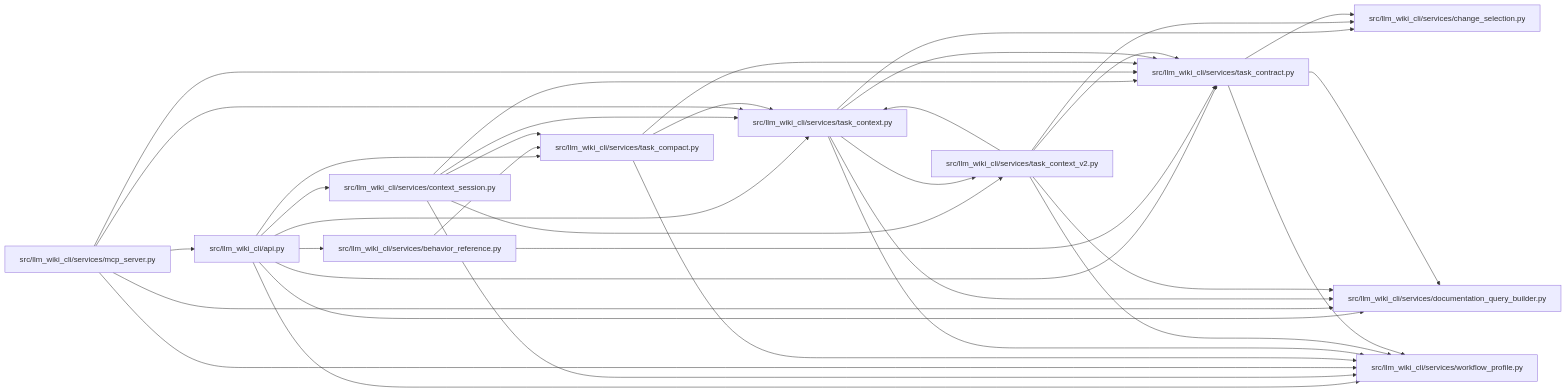
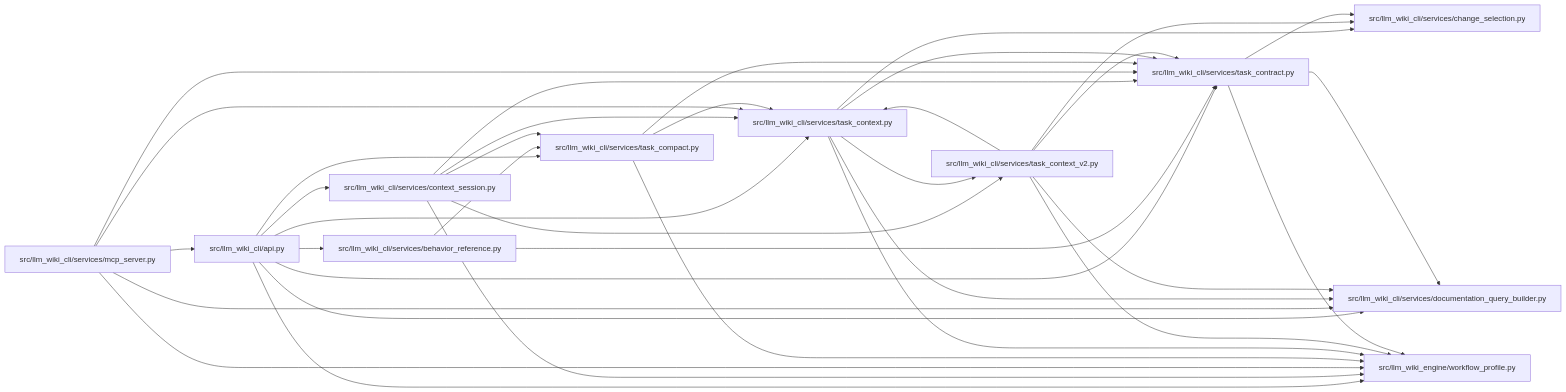
One commit to Denissvgn/python-wiki-llm changed the diagram in docs/llm_wiki/modules/task_contract.md. Above: the diagram before and after it, drawn with Mermaid. The commit also changed other lines of this file and 1103 other files, not shown here.

First line of the commit message:
docs: refresh the wiki for the llm-wiki-engine distribution

````diff
--- a/docs/llm_wiki/modules/task_contract.md
+++ b/docs/llm_wiki/modules/task_contract.md
@@ -26,60 +26,60 @@
 ```mermaid
 flowchart LR
     n0["src/llm_wiki_cli/api.py"]
     n1["src/llm_wiki_cli/services/behavior_reference.py"]
     n2["src/llm_wiki_cli/services/change_selection.py"]
     n3["src/llm_wiki_cli/services/context_session.py"]
     n4["src/llm_wiki_cli/services/documentation_query_builder.py"]
     n5["src/llm_wiki_cli/services/mcp_server.py"]
     n6["src/llm_wiki_cli/services/task_compact.py"]
     n7["src/llm_wiki_cli/services/task_context.py"]
     n8["src/llm_wiki_cli/services/task_context_v2.py"]
     n9["src/llm_wiki_cli/services/task_contract.py"]
-    n10["src/llm_wiki_cli/services/workflow_profile.py"]
+    n10["src/llm_wiki_engine/workflow_profile.py"]
     n0 --> n1
     n0 --> n3
     n0 --> n4
     n0 --> n6
     n0 --> n7
     n0 --> n9
     n0 --> n10
     n1 --> n6
     n1 --> n9
     n3 --> n6
     n3 --> n7
     n3 --> n8
     n3 --> n9
     n3 --> n10
     n5 --> n0
     n5 --> n4
     n5 --> n7
     n5 --> n9
     n5 --> n10
     n6 --> n7
     n6 --> n9
     n6 --> n10
     n7 --> n2
     n7 --> n4
     n7 --> n8
     n7 --> n9
     n7 --> n10
     n8 --> n2
     n8 --> n4
     n8 --> n7
     n8 --> n9
     n8 --> n10
     n9 --> n2
     n9 --> n4
     n9 --> n10
     click n0 "../modules/api.md"
     click n1 "../modules/behavior_reference.md"
     click n2 "../modules/change_selection.md"
     click n3 "../modules/context_session.md"
     click n4 "../modules/documentation_query_builder.md"
     click n5 "../modules/mcp_server.md"
     click n6 "../modules/task_compact.md"
     click n7 "../modules/task_context.md"
     click n8 "../modules/task_context_v2.md"
     click n9 "../modules/task_contract.md"
     click n10 "../modules/workflow_profile.md"
 ```
````
